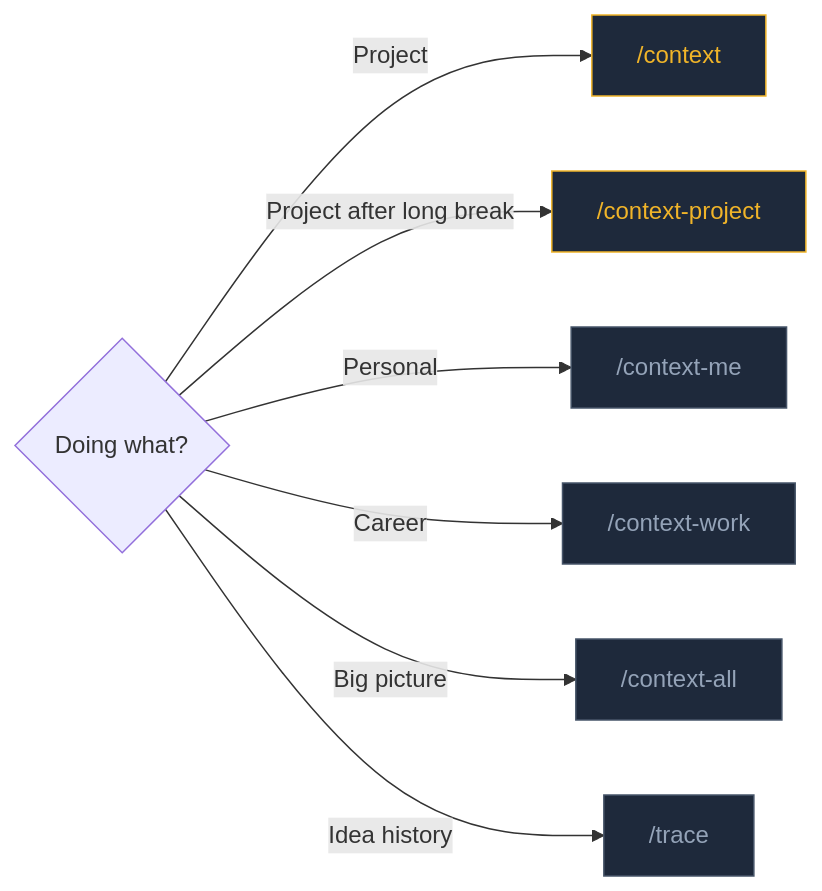
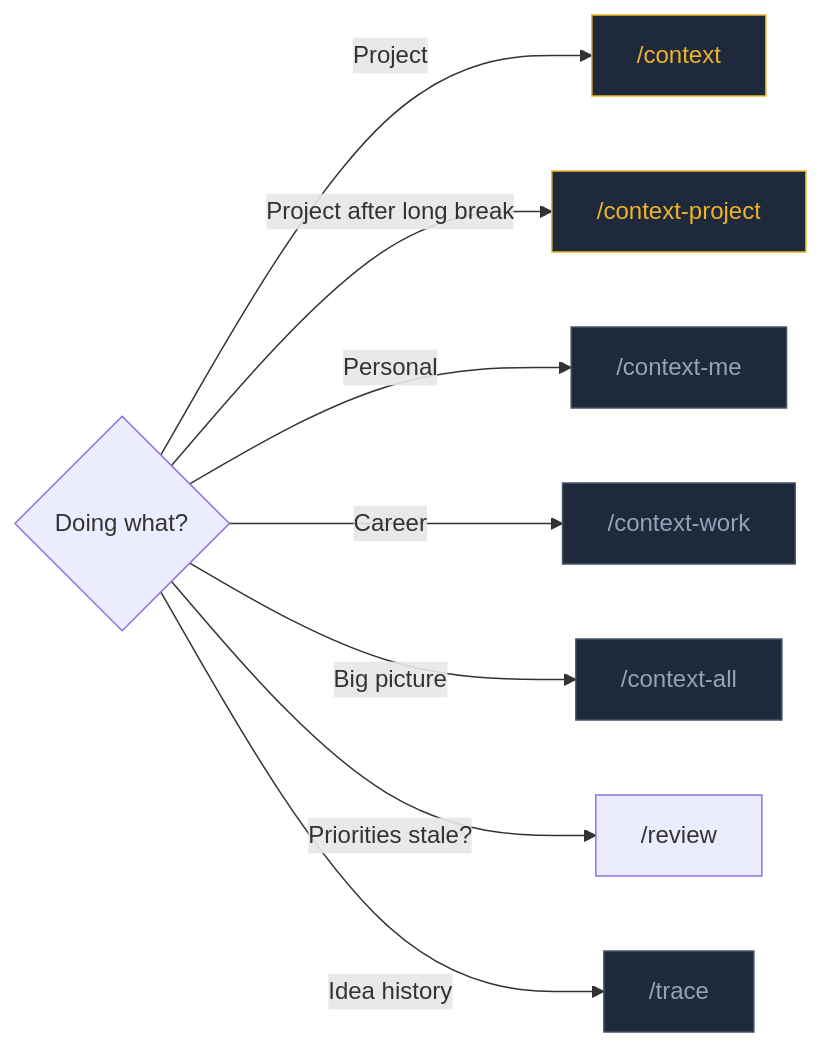
The second of 2 diagrams in docs/command-workflow.md (areyouwhy/second-brain), drawn with Mermaid before and after one commit. The commit also changed other lines of this file and 11 other files, not shown here.

````diff
--- a/docs/command-workflow.md
+++ b/docs/command-workflow.md
@@ -27,15 +28,16 @@
 ```mermaid
 flowchart LR
     Q{Doing what?} -->|Project| ctx["/context"]
     Q -->|Project after long break| ctxp["/context-project"]
     Q -->|Personal| cme["/context-me"]
     Q -->|Career| cw["/context-work"]
     Q -->|Big picture| ctxall["/context-all"]
+    Q -->|Priorities stale?| rev["/review"]
     Q -->|Idea history| trace["/trace"]
     style ctx fill:#1e293b,color:#f0b429,stroke:#f0b429
     style ctxp fill:#1e293b,color:#f0b429,stroke:#f0b429
     style cme fill:#1e293b,color:#94a3b8,stroke:#475569
     style cw fill:#1e293b,color:#94a3b8,stroke:#475569
     style ctxall fill:#1e293b,color:#94a3b8,stroke:#475569
     style trace fill:#1e293b,color:#94a3b8,stroke:#475569
 ```
````
